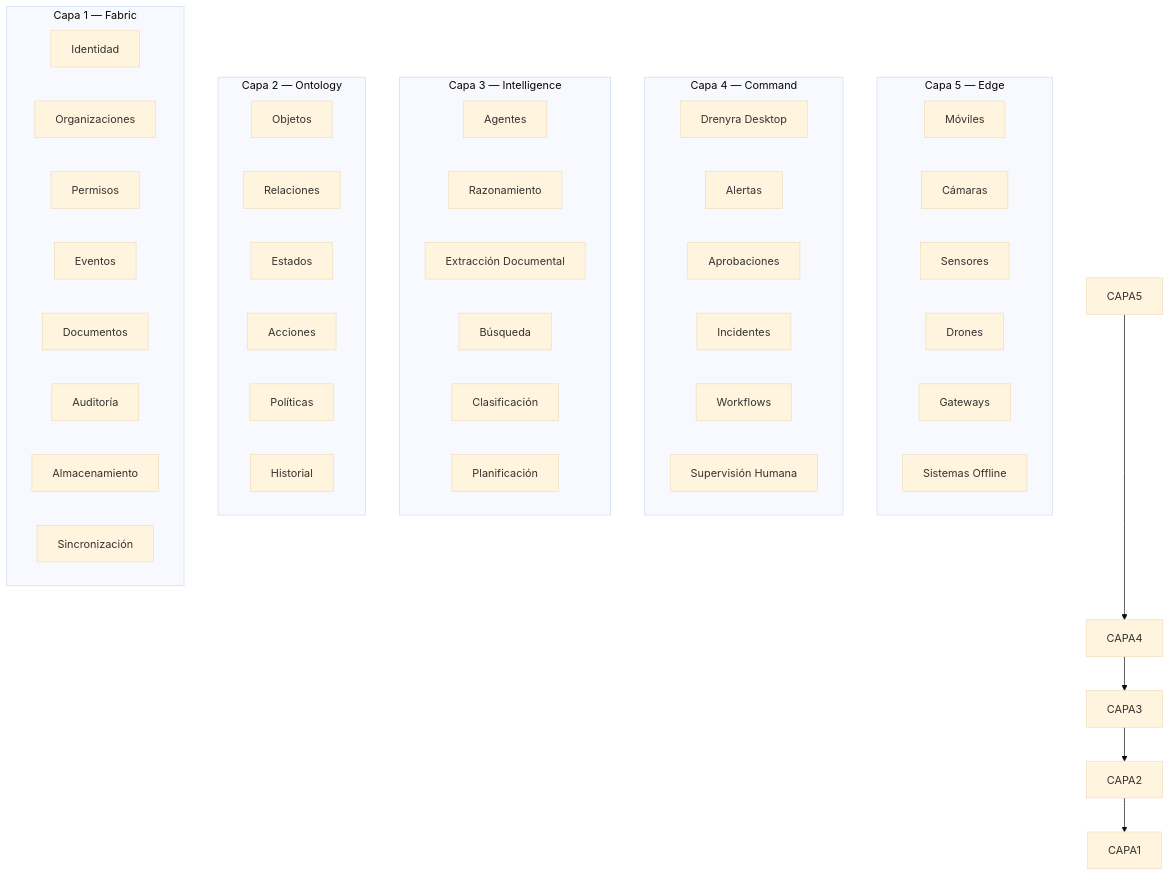
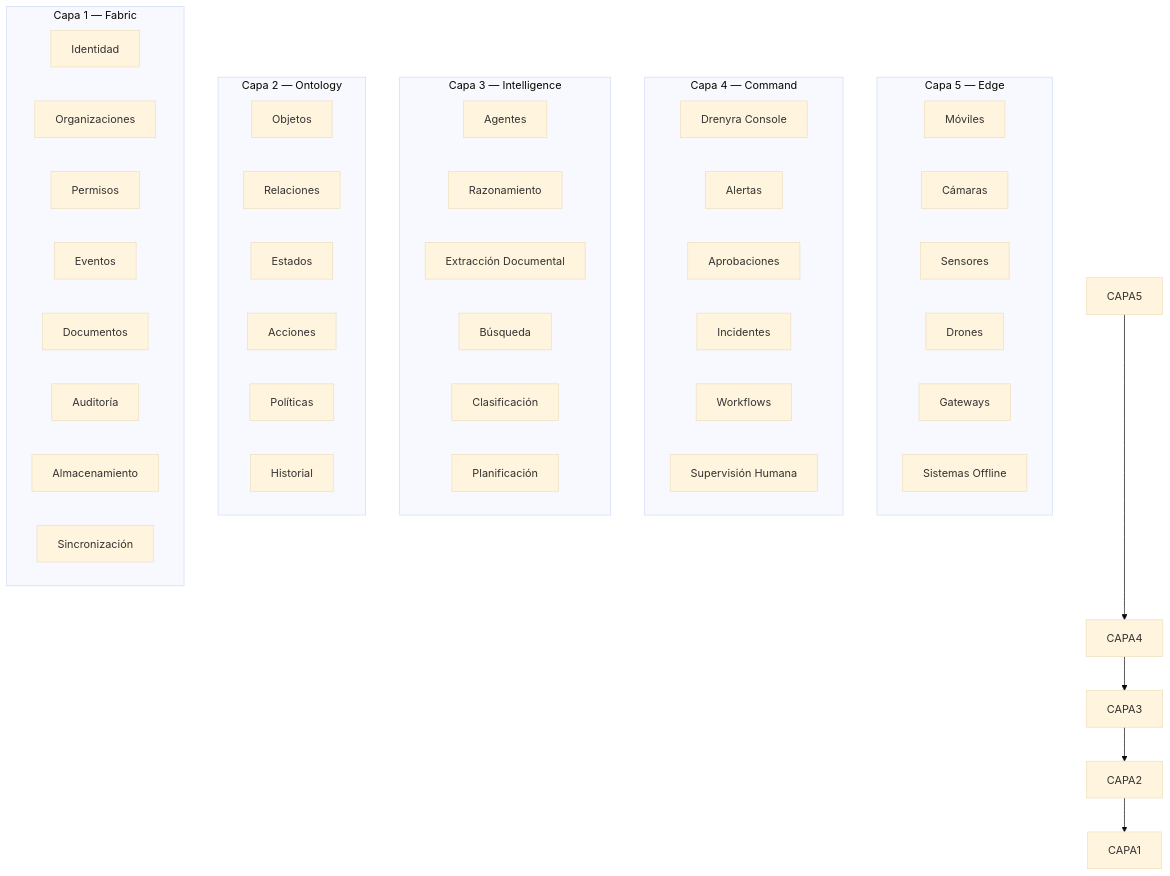
Before and after one commit to arkelythex/drenyra-command-center: the first of 2 diagrams in docs/ARCHITECTURE.md, drawn with Mermaid (base theme). The commit also changed other lines of this file and 154 other files, not shown here.

First line of the commit message:
refactor(console): rename Drenyra Desktop to Drenyra Console

````diff
--- a/docs/ARCHITECTURE.md
+++ b/docs/ARCHITECTURE.md
@@ -17,54 +17,54 @@
 ```mermaid
 graph TB
     subgraph "Capa 5 — Edge"
         MOBILE[Móviles]
         CAMS[Cámaras]
         SENSORS[Sensores]
         DRONES[Drones]
         GATEWAYS[Gateways]
         OFFLINE[Sistemas Offline]
     end
 
     subgraph "Capa 4 — Command"
-        CTRL[Drenyra Desktop]
+        CTRL[Drenyra Console]
         ALERTS[Alertas]
         APPROVALS[Aprobaciones]
         INCIDENTS[Incidentes]
         WF[Workflows]
         SUPV[Supervisión Humana]
     end
 
     subgraph "Capa 3 — Intelligence"
         AGENTS[Agentes]
         REASON[Razonamiento]
         EXTRACT[Extracción Documental]
         SEARCH[Búsqueda]
         CLASSIFY[Clasificación]
         PLAN[Planificación]
     end
 
     subgraph "Capa 2 — Ontology"
         OBJECTS[Objetos]
         RELS[Relaciones]
         STATES[Estados]
         ACTIONS[Acciones]
         POLICIES[Políticas]
         HISTORY[Historial]
     end
 
     subgraph "Capa 1 — Fabric"
         ID[Identidad]
         ORG[Organizaciones]
         PERM[Permisos]
         EVENTS[Eventos]
         DOCS[Documentos]
         AUDIT[Auditoría]
         STORE[Almacenamiento]
         SYNC[Sincronización]
     end
 
     CAPA5 --> CAPA4
     CAPA4 --> CAPA3
     CAPA3 --> CAPA2
     CAPA2 --> CAPA1
 ```
````
